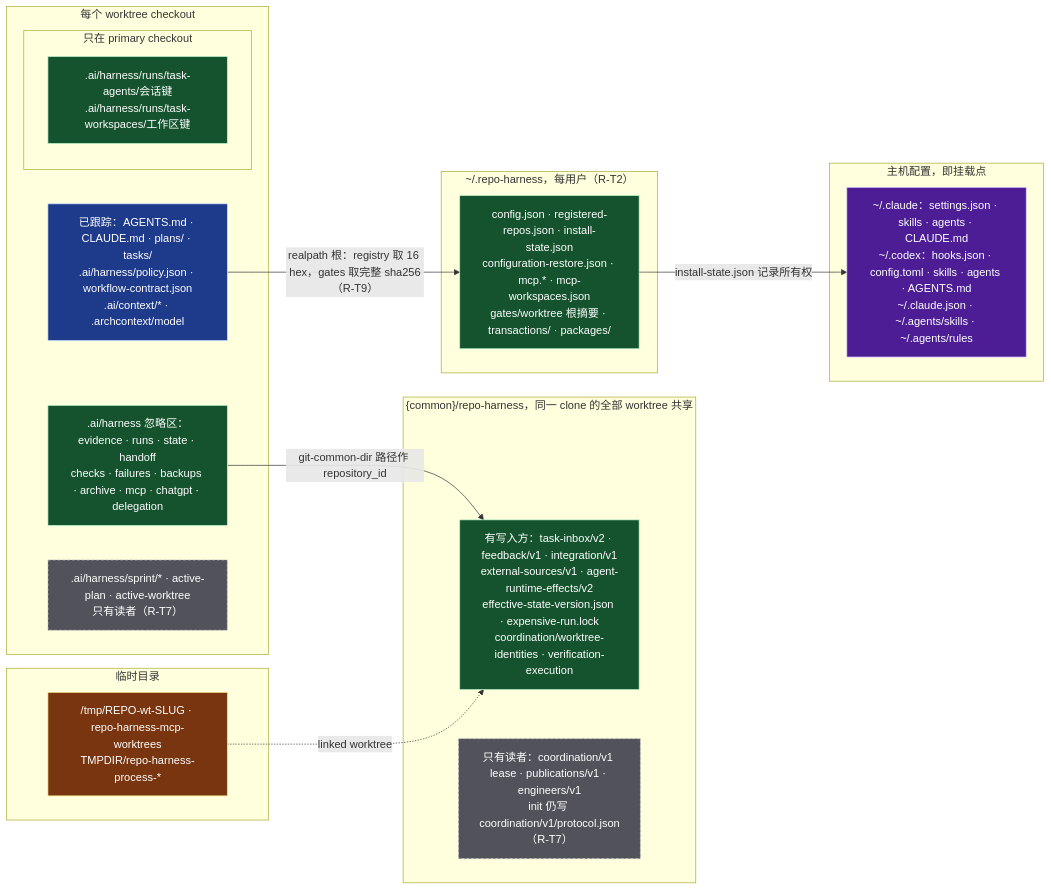
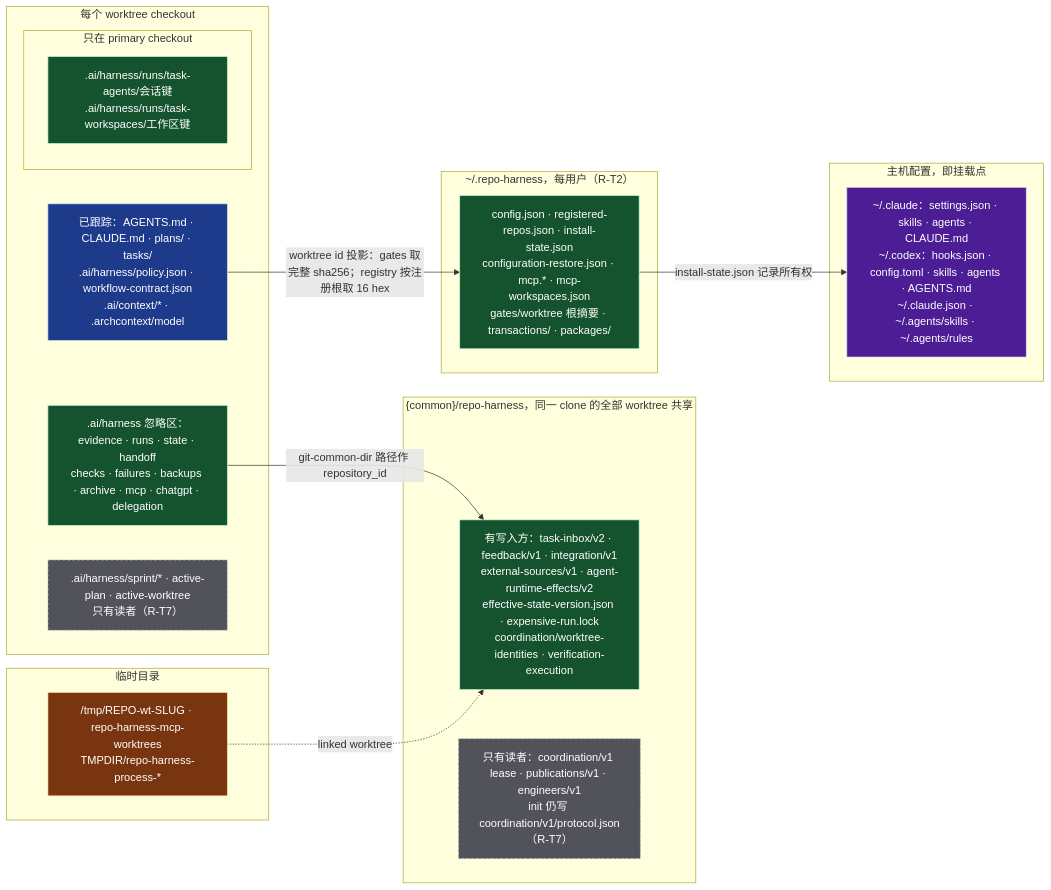
The third of 4 diagrams in docs/architecture/process-namespace-topology.md (Ancienttwo/repo-harness), drawn with Mermaid before and after one commit. The commit also changed other lines of this file and 19 other files, not shown here.

````diff
--- a/docs/architecture/process-namespace-topology.md
+++ b/docs/architecture/process-namespace-topology.md
@@ -130,39 +130,39 @@
 ```mermaid
 flowchart LR
   classDef tracked fill:#1e3a8a,stroke:#bfdbfe,color:#ffffff
   classDef live fill:#14532d,stroke:#bbf7d0,color:#ffffff
   classDef hist fill:#52525b,stroke:#d4d4d8,color:#ffffff,stroke-dasharray:4 3
   classDef host fill:#4c1d95,stroke:#ddd6fe,color:#ffffff
   classDef tmp fill:#78350f,stroke:#fde68a,color:#ffffff
 
   subgraph WT["每个 worktree checkout"]
     Tracked["已跟踪：AGENTS.md · CLAUDE.md · plans/ · tasks/<br/>.ai/harness/policy.json · workflow-contract.json<br/>.ai/context/* · .archcontext/model"]:::tracked
     Ignored[".ai/harness 忽略区：evidence · runs · state · handoff<br/>checks · failures · backups · archive · mcp · chatgpt · delegation"]:::live
     WtHist[".ai/harness/sprint/* · active-plan · active-worktree<br/>只有读者（R-T7）"]:::hist
     subgraph PRI["只在 primary checkout"]
       TaskRuns[".ai/harness/runs/task-agents/会话键<br/>.ai/harness/runs/task-workspaces/工作区键"]:::live
     end
   end
 
   subgraph COMMON["{common}/repo-harness，同一 clone 的全部 worktree 共享"]
     CLive["有写入方：task-inbox/v2 · feedback/v1 · integration/v1<br/>external-sources/v1 · agent-runtime-effects/v2<br/>effective-state-version.json · expensive-run.lock<br/>coordination/worktree-identities · verification-execution"]:::live
     CHist["只有读者：coordination/v1 lease · publications/v1 · engineers/v1<br/>init 仍写 coordination/v1/protocol.json（R-T7）"]:::hist
   end
 
   subgraph UHOME["~/.repo-harness，每用户（R-T2）"]
     UH["config.json · registered-repos.json · install-state.json<br/>configuration-restore.json · mcp.* · mcp-workspaces.json<br/>gates/worktree 根摘要 · transactions/ · packages/"]:::live
   end
 
   subgraph HOSTS["主机配置，即挂载点"]
     HC["~/.claude：settings.json · skills · agents · CLAUDE.md<br/>~/.codex：hooks.json · config.toml · skills · agents · AGENTS.md<br/>~/.claude.json · ~/.agents/skills · ~/.agents/rules"]:::host
   end
 
   subgraph TMP["临时目录"]
     T["/tmp/REPO-wt-SLUG · repo-harness-mcp-worktrees<br/>TMPDIR/repo-harness-process-*"]:::tmp
   end
 
   Ignored -->|"git-common-dir 路径作 repository_id"| CLive
-  Tracked -->|"realpath 根：registry 取 16 hex，gates 取完整 sha256（R-T9）"| UH
+  Tracked -->|"worktree id 投影：gates 取完整 sha256；registry 按注册根取 16 hex"| UH
   UH -->|"install-state.json 记录所有权"| HC
   T -.->|"linked worktree"| CLive
 ```
````
